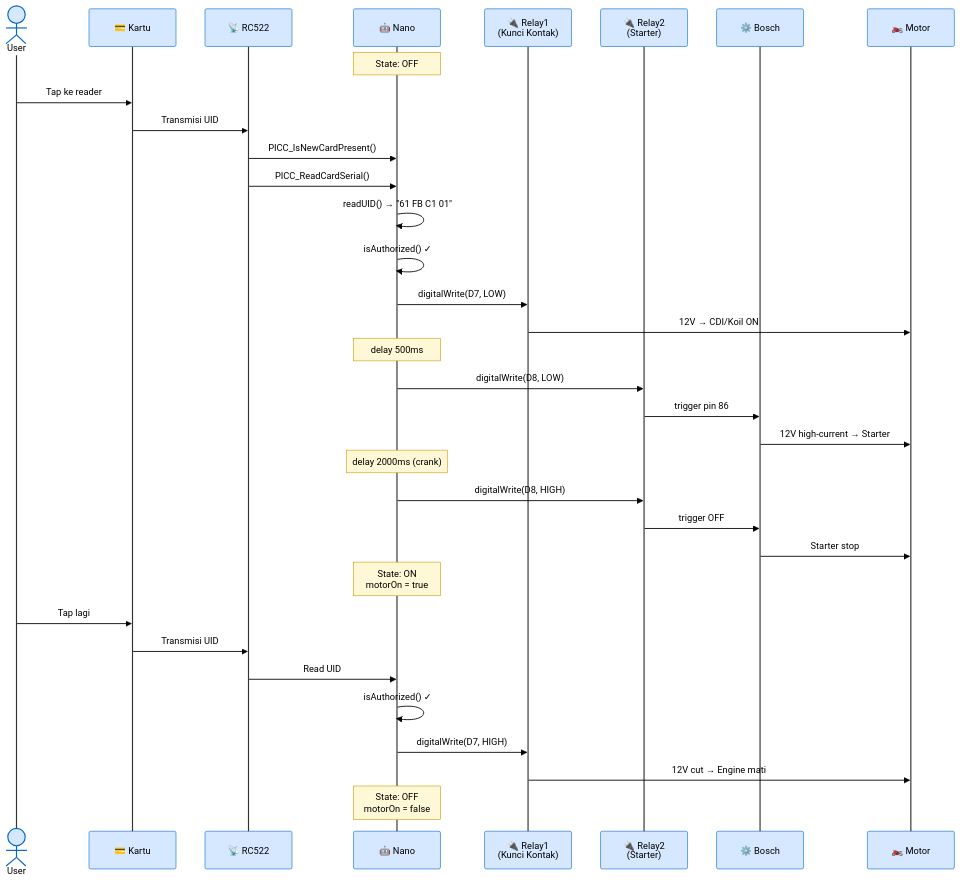
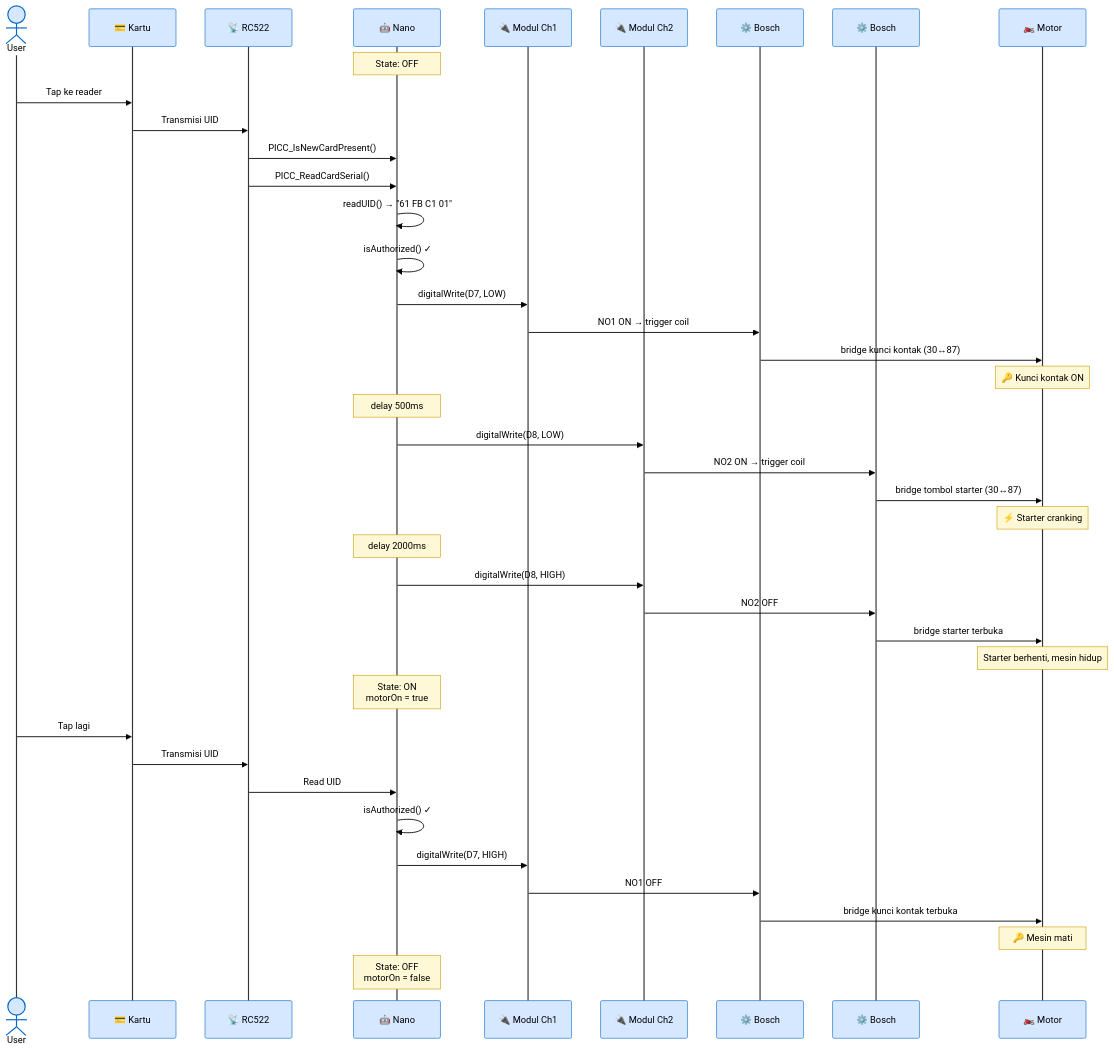
The ninth of 10 diagrams in motor_starter/DIAGRAM_MERMAID.md (umarovk/SIKAMOT), drawn with Mermaid before and after one commit. The commit also changed other lines of this file and 2 other files, not shown here.

First line of the commit message:
docs(motor): wiring cascade 2 Bosch untuk bridge 4 kabel motor

````diff
--- a/motor_starter/DIAGRAM_MERMAID.md
+++ b/motor_starter/DIAGRAM_MERMAID.md
@@ -450,45 +478,52 @@
 ```mermaid
 %%{init: {'theme':'base', 'themeVariables': {'primaryColor':'#ffffff','primaryTextColor':'#000000','primaryBorderColor':'#333333','lineColor':'#555555','actorBkg':'#d6e8ff','actorBorder':'#0066cc','actorTextColor':'#000000','actorLineColor':'#333333','signalColor':'#000000','signalTextColor':'#000000','labelBoxBkgColor':'#fff8d6','labelBoxBorderColor':'#cc9900','labelTextColor':'#000000','noteBkgColor':'#fff8d6','noteTextColor':'#000000','noteBorderColor':'#cc9900','fontSize':'14px'}}}%%
 sequenceDiagram
     actor User
     participant Card as 💳 Kartu
     participant RFID as 📡 RC522
     participant Nano as 🤖 Nano
-    participant R1 as 🔌 Relay1<br/>(Kunci Kontak)
-    participant R2 as 🔌 Relay2<br/>(Starter)
-    participant Bosch as ⚙️ Bosch
+    participant R1 as 🔌 Modul Ch1
+    participant R2 as 🔌 Modul Ch2
+    participant B1 as ⚙️ Bosch #1<br/>(Kunci Kontak)
+    participant B2 as ⚙️ Bosch #2<br/>(Starter)
     participant Motor as 🏍️ Motor
 
     Note over Nano: State: OFF
 
     User->>Card: Tap ke reader
     Card->>RFID: Transmisi UID
     RFID->>Nano: PICC_IsNewCardPresent()
     RFID->>Nano: PICC_ReadCardSerial()
     Nano->>Nano: readUID() → "61 FB C1 01"
     Nano->>Nano: isAuthorized() ✓
 
     Nano->>R1: digitalWrite(D7, LOW)
-    R1->>Motor: 12V → CDI/Koil ON
+    R1->>B1: NO1 ON → trigger coil
+    B1->>Motor: bridge kunci kontak (30↔87)
+    Note over Motor: 🔑 Kunci kontak ON
     Note over Nano: delay 500ms
 
     Nano->>R2: digitalWrite(D8, LOW)
-    R2->>Bosch: trigger pin 86
-    Bosch->>Motor: 12V high-current → Starter
-    Note over Nano: delay 2000ms (crank)
+    R2->>B2: NO2 ON → trigger coil
+    B2->>Motor: bridge tombol starter (30↔87)
+    Note over Motor: ⚡ Starter cranking
+    Note over Nano: delay 2000ms
 
     Nano->>R2: digitalWrite(D8, HIGH)
-    R2->>Bosch: trigger OFF
-    Bosch->>Motor: Starter stop
+    R2->>B2: NO2 OFF
+    B2->>Motor: bridge starter terbuka
+    Note over Motor: Starter berhenti, mesin hidup
 
     Note over Nano: State: ON<br/>motorOn = true
 
     User->>Card: Tap lagi
     Card->>RFID: Transmisi UID
     RFID->>Nano: Read UID
     Nano->>Nano: isAuthorized() ✓
     Nano->>R1: digitalWrite(D7, HIGH)
-    R1->>Motor: 12V cut → Engine mati
+    R1->>B1: NO1 OFF
+    B1->>Motor: bridge kunci kontak terbuka
+    Note over Motor: 🔑 Mesin mati
 
     Note over Nano: State: OFF<br/>motorOn = false
 ```
````
